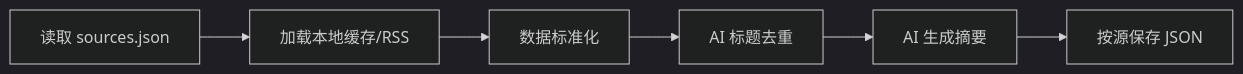
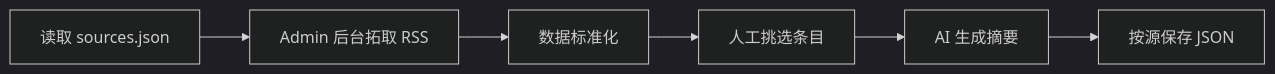
The diagram in news-capsule/docs/PRD.md (philly-git/news-capsule), drawn with Mermaid (dark theme) before and after one commit. The commit also changed other lines of this file and 15 other files, not shown here.

````diff
--- a/news-capsule/docs/PRD.md
+++ b/news-capsule/docs/PRD.md
@@ -280,8 +330,8 @@
 ```mermaid
 graph LR
-    A[读取 sources.json] --> B[加载本地缓存/RSS]
+    A[读取 sources.json] --> B[Admin 后台拓取 RSS]
     B --> C[数据标准化]
-    C --> D[AI 标题去重]
+    C --> D[人工挑选条目]
     D --> E[AI 生成摘要]
     E --> F[按源保存 JSON]
 ```
````
